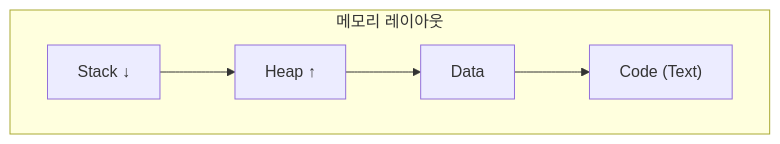
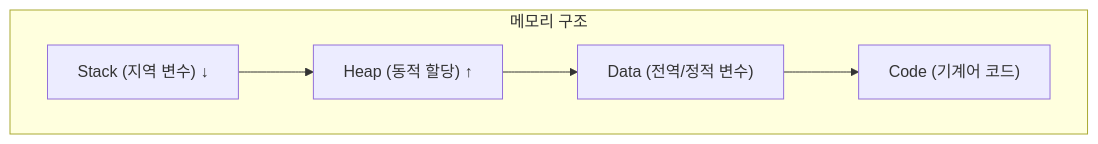
One commit to HamaPr/HamaPr.github.io changed the diagram in _posts/secure-coding/2025-09-15-Pointer_Memory_study.md. Above: the diagram before and after it, drawn with Mermaid. The commit also changed other lines of this file and 94 other files, not shown here.

````diff
--- a/_posts/secure-coding/2025-09-15-Pointer_Memory_study.md
+++ b/_posts/secure-coding/2025-09-15-Pointer_Memory_study.md
@@ -22,12 +19,12 @@
 ```mermaid
 flowchart TB
-    subgraph Memory["메모리 레이아웃"]
-        Stack["Stack ↓"]
-        Heap["Heap ↑"]
-        Data["Data"]
-        Code["Code (Text)"]
+    subgraph Memory["메모리 구조"]
+        Stack["Stack (지역 변수) ↓"]
+        Heap["Heap (동적 할당) ↑"]
+        Data["Data (전역/정적 변수)"]
+        Code["Code (기계어 코드)"]
     end
     Stack --> Heap
     Heap --> Data
     Data --> Code
 ```
````
